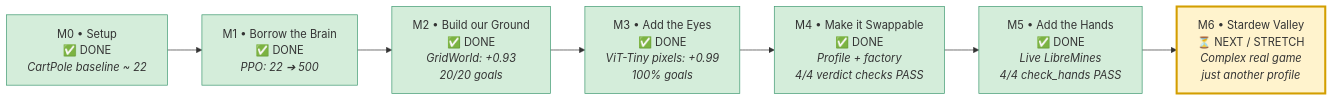
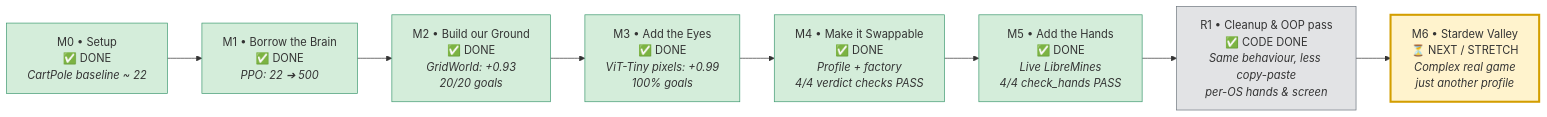
One commit to Showerss/GameTrainer changed the tenth of 10 diagrams in docs/UML_FULL.md. Above: the diagram before and after it, drawn with Mermaid. The commit also changed other lines of this file and 28 other files, not shown here.

Commit message:
R1 cleanup and OOP pass

````diff
--- a/docs/UML_FULL.md
+++ b/docs/UML_FULL.md
@@ -645,20 +801,22 @@
 ```mermaid
 flowchart LR
     M0["M0 • Setup<br/>✅ DONE<br/><i>CartPole baseline ~ 22</i>"]
     M1["M1 • Borrow the Brain<br/>✅ DONE<br/><i>PPO: 22 ➔ 500</i>"]
     M2["M2 • Build our Ground<br/>✅ DONE<br/><i>GridWorld: +0.93<br/>20/20 goals</i>"]
     M3["M3 • Add the Eyes<br/>✅ DONE<br/><i>ViT-Tiny pixels: +0.99<br/>100% goals</i>"]
     M4["M4 • Make it Swappable<br/>✅ DONE<br/><i>Profile + factory<br/>4/4 verdict checks PASS</i>"]
     M5["M5 • Add the Hands<br/>✅ DONE<br/><i>Live LibreMines<br/>4/4 check_hands PASS</i>"]
+    R1["R1 • Cleanup & OOP pass<br/>✅ CODE DONE<br/><i>Same behaviour, less copy-paste<br/>per-OS hands & screen</i>"]
     M6["M6 • Stardew Valley<br/>⏳ NEXT / STRETCH<br/><i>Complex real game<br/>just another profile</i>"]
 
-    M0 --> M1 --> M2 --> M3 --> M4 --> M5 --> M6
+    M0 --> M1 --> M2 --> M3 --> M4 --> M5 --> R1 --> M6
 
     style M0 fill:#d4edda,stroke:#3d9970
     style M1 fill:#d4edda,stroke:#3d9970
     style M2 fill:#d4edda,stroke:#3d9970
     style M3 fill:#d4edda,stroke:#3d9970
     style M4 fill:#d4edda,stroke:#3d9970
     style M5 fill:#d4edda,stroke:#3d9970
+    style R1 fill:#e2e3e5,stroke:#6c757d
     style M6 fill:#fff3cd,stroke:#d39e00,stroke-width:3px
 ```
````
